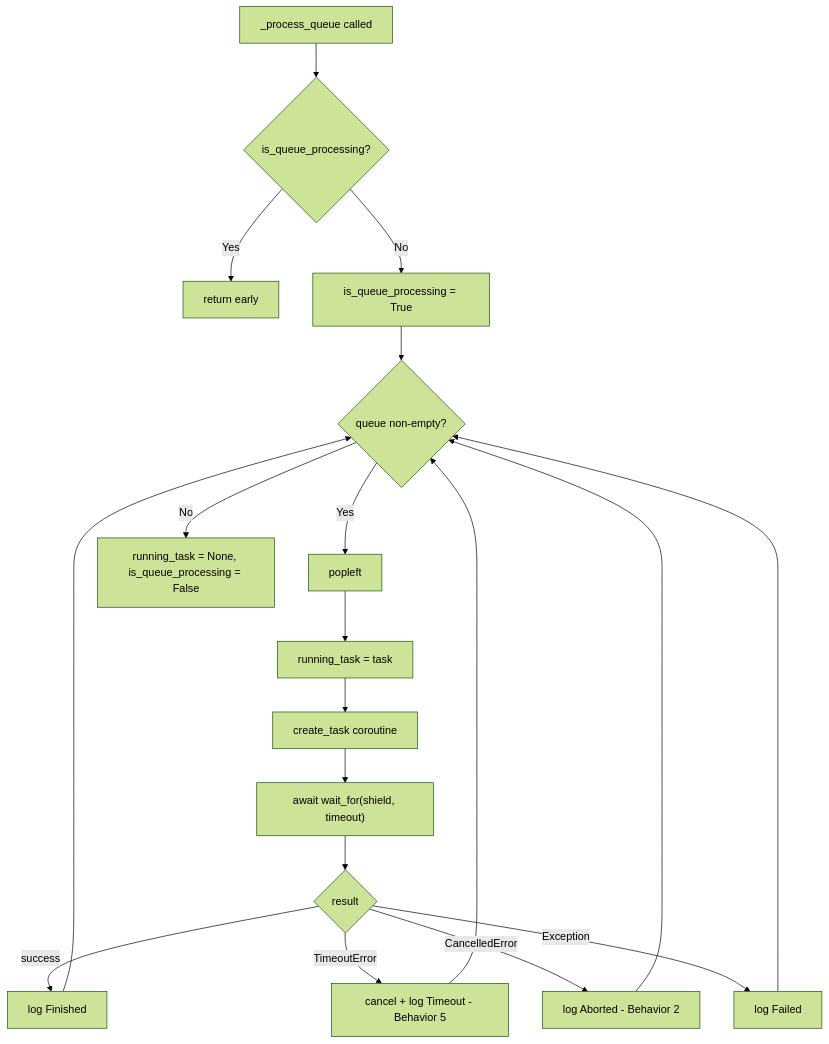
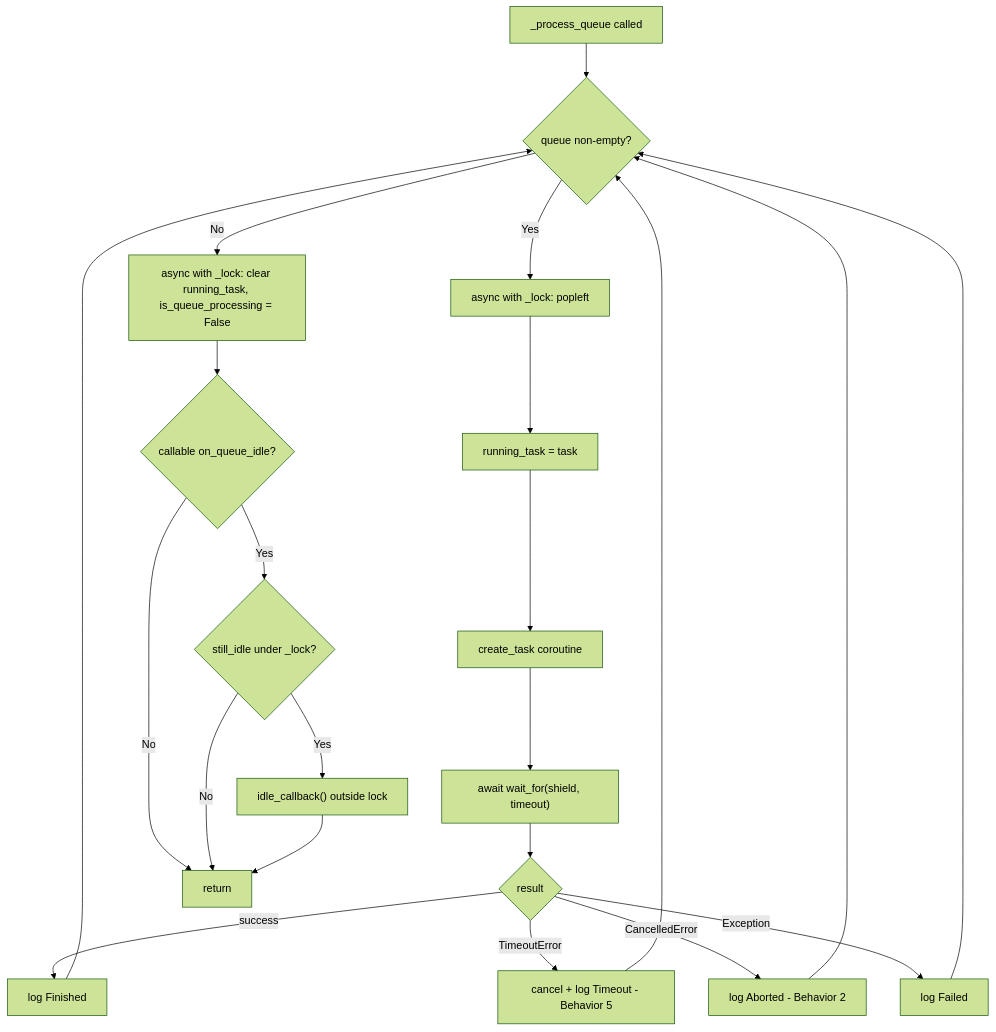
The fourth of 9 diagrams in .cursor/plans/system_architecture_workflow_b2d79ca7.plan.md (scoville/test_filter_queue), drawn with Mermaid (forest theme) before and after one commit. The commit also changed other lines of this file, not shown here.

Commit message:
update System Architecture Workflow

````diff
--- a/.cursor/plans/system_architecture_workflow_b2d79ca7.plan.md
+++ b/.cursor/plans/system_architecture_workflow_b2d79ca7.plan.md
@@ -125,21 +160,24 @@
 ```mermaid
 flowchart TD
-    Start[_process_queue called] --> Guard{is_queue_processing?}
-    Guard -->|Yes| Return[return early]
-    Guard -->|No| SetFlag[is_queue_processing = True]
-    SetFlag --> Loop{queue non-empty?}
-    Loop -->|Yes| Pop[popleft]
-    Pop --> Run[running_task = task]
+    Start[_process_queue called] --> Loop{queue non-empty?}
+    Loop -->|Yes| LockPop[async with _lock: popleft]
+    LockPop --> Run[running_task = task]
     Run --> Create[create_task coroutine]
     Create --> Wait["await wait_for(shield, timeout)"]
     Wait --> Outcome{result}
     Outcome -->|success| LogDone[log Finished]
     Outcome -->|TimeoutError| LogTimeout[cancel + log Timeout - Behavior 5]
     Outcome -->|CancelledError| LogAbort[log Aborted - Behavior 2]
     Outcome -->|Exception| LogError[log Failed]
     LogDone --> Loop
     LogTimeout --> Loop
     LogAbort --> Loop
     LogError --> Loop
-    Loop -->|No| Reset["running_task = None, is_queue_processing = False"]
+    Loop -->|No| Reset["async with _lock: clear running_task, is_queue_processing = False"]
+    Reset --> IdleCheck{callable on_queue_idle?}
+    IdleCheck -->|No| Done[return]
+    IdleCheck -->|Yes| StillIdle{still_idle under _lock?}
+    StillIdle -->|No| Done
+    StillIdle -->|Yes| Invoke["idle_callback() outside lock"]
+    Invoke --> Done
 ```
````
